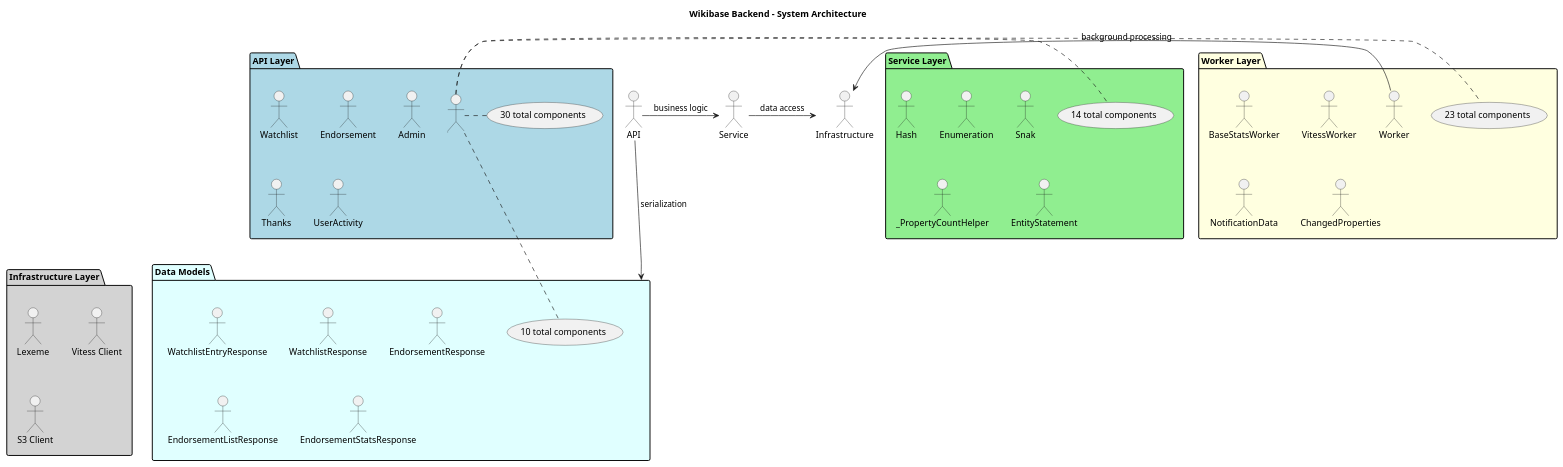
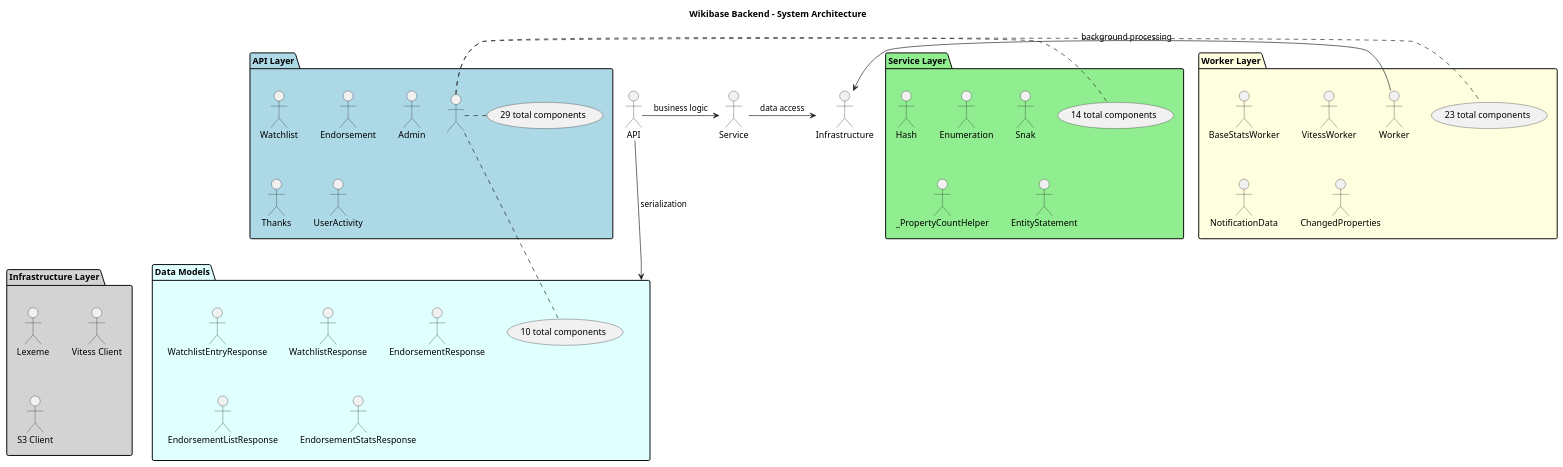
Before and after one commit to dpriskorn/entitybase-backend: the diagram in doc/DIAGRAMS/system_architecture.puml, drawn with PlantUML. The commit also changed 74 other files, not shown here.

```diff
--- a/doc/DIAGRAMS/system_architecture.puml
+++ b/doc/DIAGRAMS/system_architecture.puml
@@ -1,54 +1,54 @@
 @startuml System Architecture
 
 title Wikibase Backend - System Architecture
 
 package "API Layer" as APILayer #LightBlue {
     "Watchlist" as WatchlistHandler
     "Endorsement" as EndorsementHandler
     "Admin" as AdminHandler
     "Thanks" as ThanksHandler
     "UserActivity" as UserActivityHandler
-    ... (30 total components)
+    ... (29 total components)
 }
 
 package "Service Layer" as ServiceLayer #LightGreen {
     "Hash" as HashService
     "Enumeration" as EnumerationService
     "Snak" as SnakHandler
     "_PropertyCountHelper" as _PropertyCountHelper
     "EntityStatement" as EntityStatementService
     ... (14 total components)
 }
 
 package "Worker Layer" as WorkerLayer #LightYellow {
     "BaseStatsWorker" as BaseStatsWorker
     "VitessWorker" as VitessWorker
     "Worker" as Worker
     "NotificationData" as NotificationData
     "ChangedProperties" as ChangedProperties
     ... (23 total components)
 }
 
 package "Infrastructure Layer" as InfrastructureLayer #LightGray {
     "Lexeme" as LexemeRepository
     "Vitess Client" as Vitess_Client
     "S3 Client" as S3_Client
 }
 
 package "Data Models" as DataModels #LightCyan {
     "WatchlistEntryResponse" as WatchlistEntryResponse
     "WatchlistResponse" as WatchlistResponse
     "EndorsementResponse" as EndorsementResponse
     "EndorsementListResponse" as EndorsementListResponse
     "EndorsementStatsResponse" as EndorsementStatsResponse
     ... (10 total components)
 }
 
 
 ' Relationships
 API -> Service : business logic
 Service -> Infrastructure : data access
 Worker -> Infrastructure : background processing
 API -> DataModels : serialization
 
 @enduml
```
